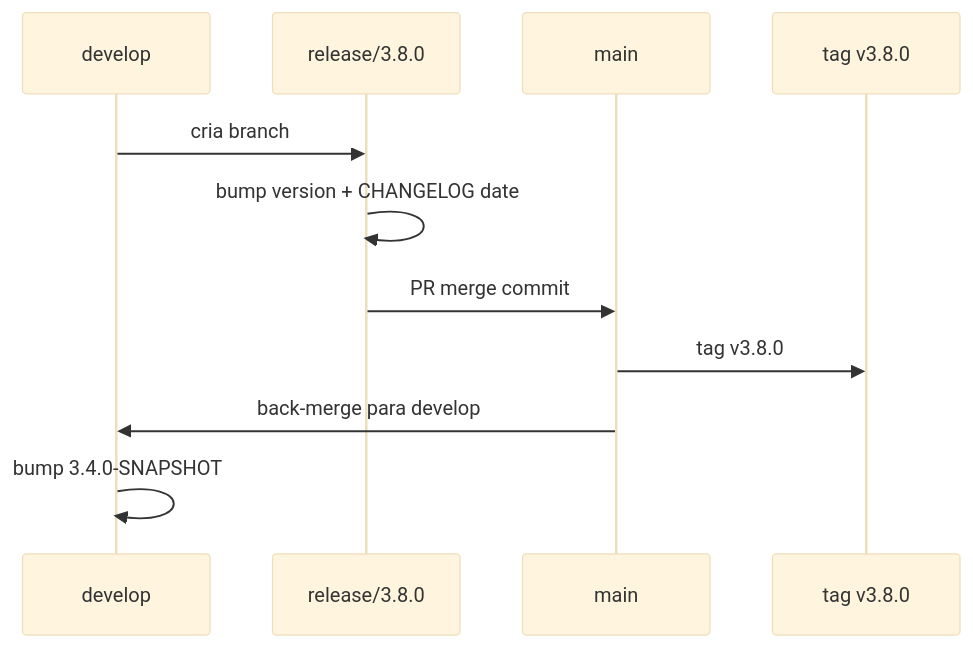
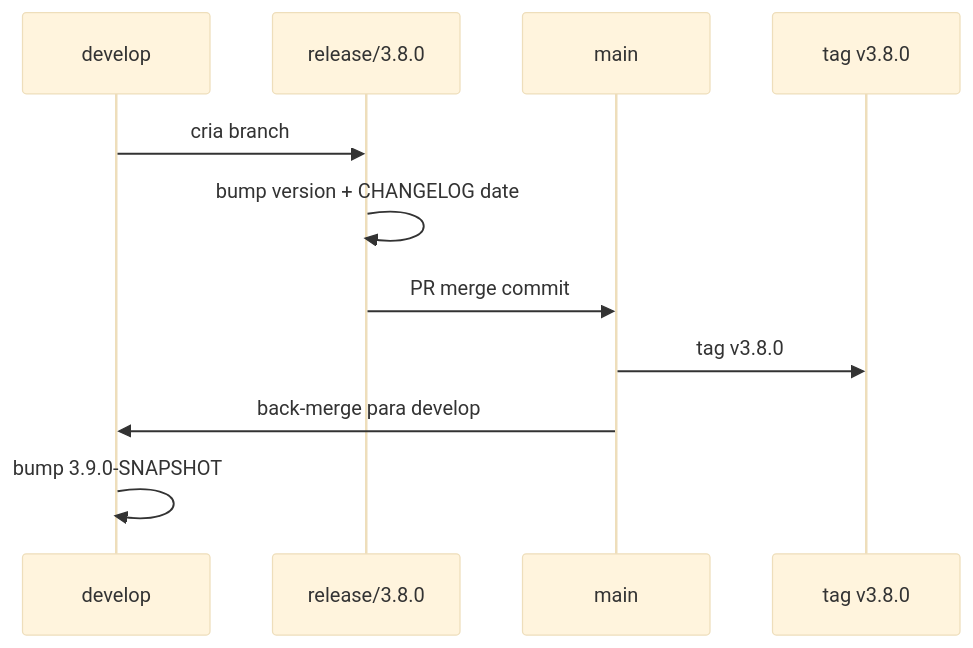
The diagram in plans/epic-0040/story-0040-0012.md (edercnj/ia-dev-environment), drawn with Mermaid (base theme) before and after one commit. The commit also changed other lines of this file and 1 other file, not shown here.

First line of the commit message:
fix(epic-0040): align post-release snapshot to 3.9.0-SNAPSHOT

````diff
--- a/plans/epic-0040/story-0040-0012.md
+++ b/plans/epic-0040/story-0040-0012.md
@@ -131,14 +131,14 @@
 ```mermaid
 sequenceDiagram
     participant Dev as develop
     participant Rel as release/3.8.0
     participant Main as main
     participant Tag as tag v3.8.0
 
     Dev->>Rel: cria branch
     Rel->>Rel: bump version + CHANGELOG date
     Rel->>Main: PR merge commit
     Main->>Tag: tag v3.8.0
     Main->>Dev: back-merge para develop
-    Dev->>Dev: bump 3.4.0-SNAPSHOT
+    Dev->>Dev: bump 3.9.0-SNAPSHOT
 ```
````
